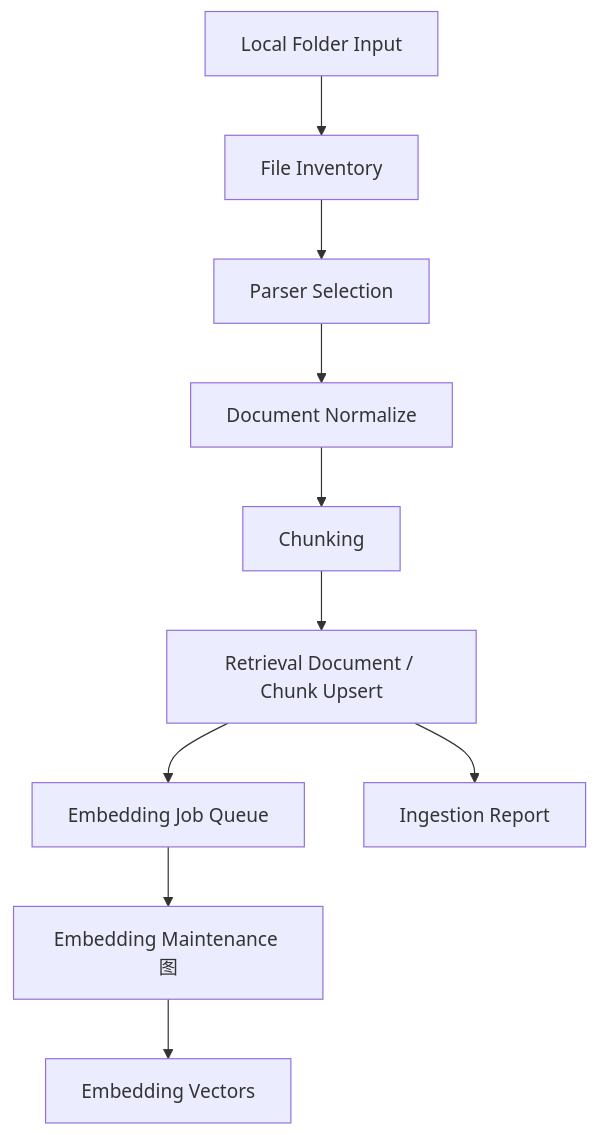
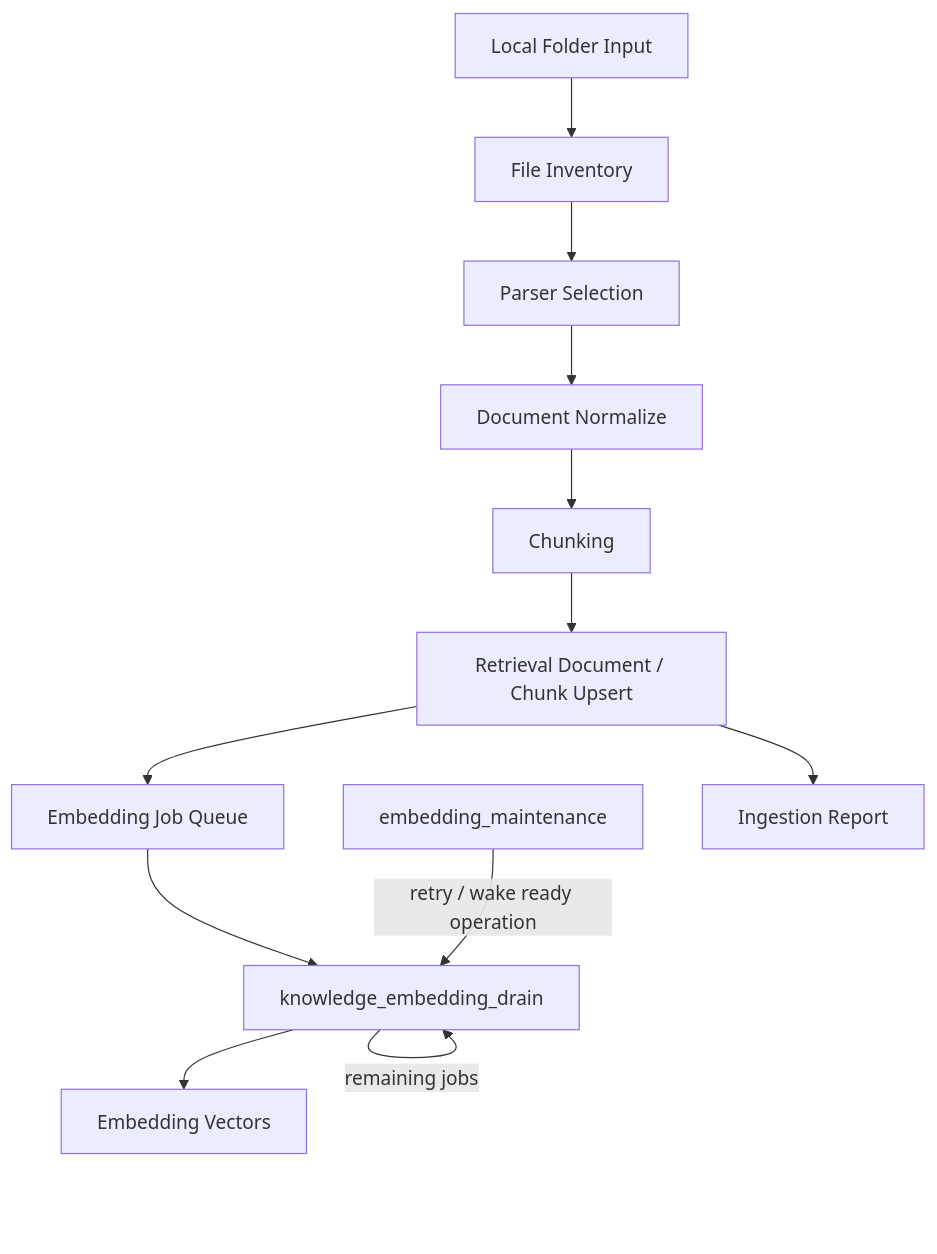
One commit to OoABYSSoO/TooGraph changed the third of 6 diagrams in docs/embedding-retrieval-lifecycle-design.md. Above: the diagram before and after it, drawn with Mermaid. The commit also changed other lines of this file and 15 other files, not shown here.

````diff
--- a/docs/embedding-retrieval-lifecycle-design.md
+++ b/docs/embedding-retrieval-lifecycle-design.md
@@ -463,12 +479,14 @@
 ```mermaid
 flowchart TD
   A["Local Folder Input"] --> B["File Inventory"]
   B --> C["Parser Selection"]
   C --> D["Document Normalize"]
   D --> E["Chunking"]
   E --> F["Retrieval Document / Chunk Upsert"]
   F --> G["Embedding Job Queue"]
-  G --> H["Embedding Maintenance 图"]
+  G --> H["knowledge_embedding_drain"]
   H --> I["Embedding Vectors"]
-  F --> J["Ingestion Report"]
+  H -->|remaining jobs| H
+  K["embedding_maintenance"] -->|retry / wake ready operation| H
+  F --> R["Ingestion Report"]
 ```
````
